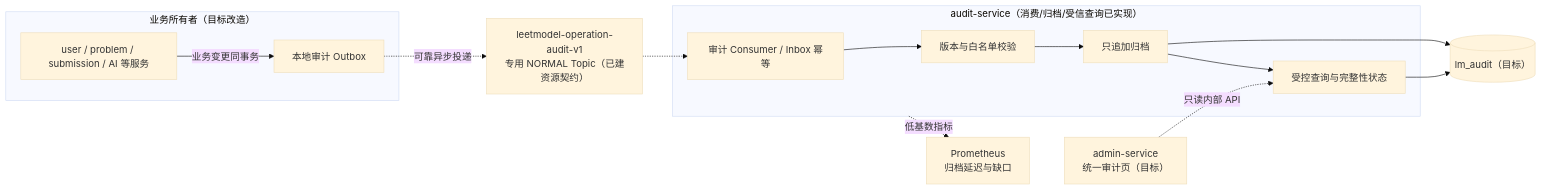
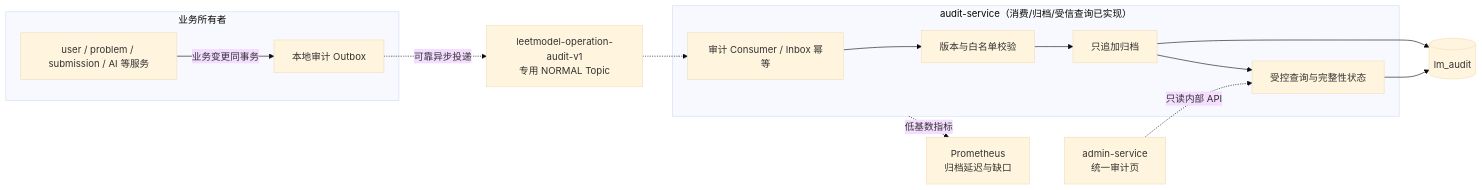
One commit to Dorian7Alden/LeetModel changed the diagram in docs/project/03-微服务设计/audit-service/README.md. Above: the diagram before and after it, drawn with Mermaid (base theme). The commit also changed other lines of this file and 16 other files, not shown here.

````diff
--- a/docs/project/03-微服务设计/audit-service/README.md
+++ b/docs/project/03-微服务设计/audit-service/README.md
@@ -10,29 +10,29 @@
 ```mermaid
 flowchart LR
-    subgraph owners["业务所有者（目标改造）"]
+    subgraph owners["业务所有者"]
         domains["user / problem / submission / AI 等服务"]
         outbox["本地审计 Outbox"]
         domains -->|"业务变更同事务"| outbox
     end
 
-    topic["leetmodel-operation-audit-v1<br/>专用 NORMAL Topic（已建资源契约）"]
+    topic["leetmodel-operation-audit-v1<br/>专用 NORMAL Topic"]
 
     subgraph audit["audit-service（消费/归档/受信查询已实现）"]
         consumer["审计 Consumer / Inbox 幂等"]
         validator["版本与白名单校验"]
         archive["只追加归档"]
         query["受控查询与完整性状态"]
         consumer --> validator --> archive
         archive --> query
     end
 
-    auditDb[("lm_audit（目标）")]
-    admin["admin-service<br/>统一审计页（目标）"]
+    auditDb[("lm_audit")]
+    admin["admin-service<br/>统一审计页"]
     prometheus["Prometheus<br/>归档延迟与缺口"]
 
     outbox -. "可靠异步投递" .-> topic -.-> consumer
     archive --> auditDb
     query --> auditDb
     admin -. "只读内部 API" .-> query
     audit -. "低基数指标" .-> prometheus
 ```
````
